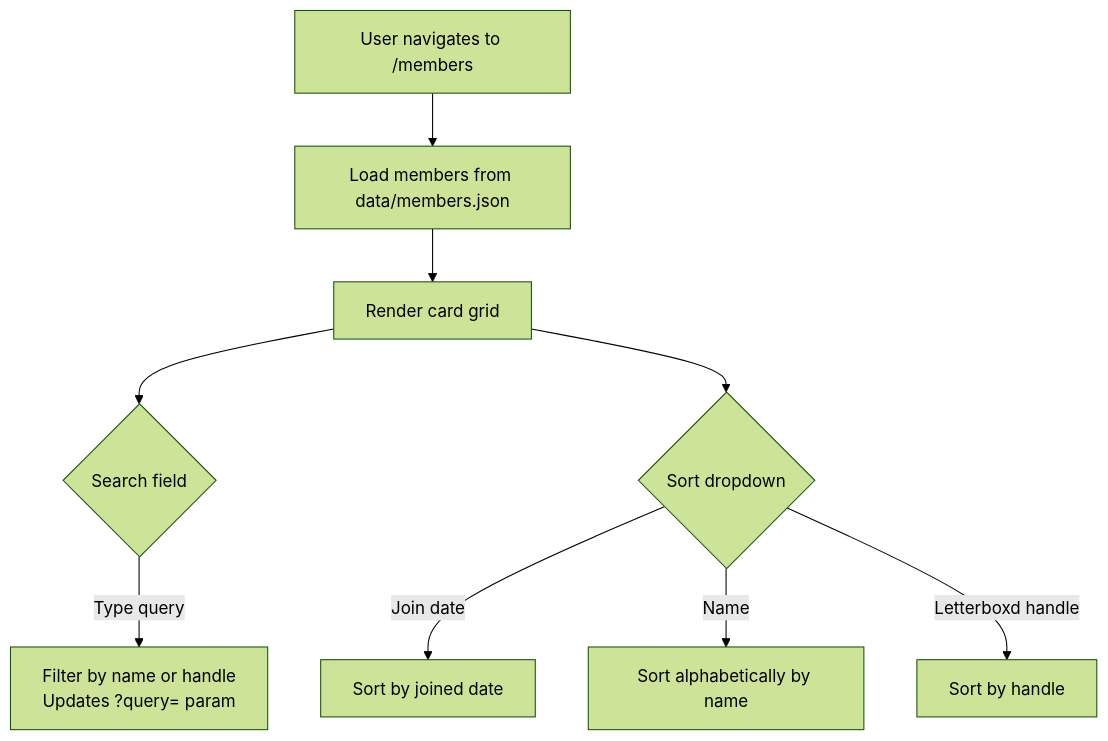
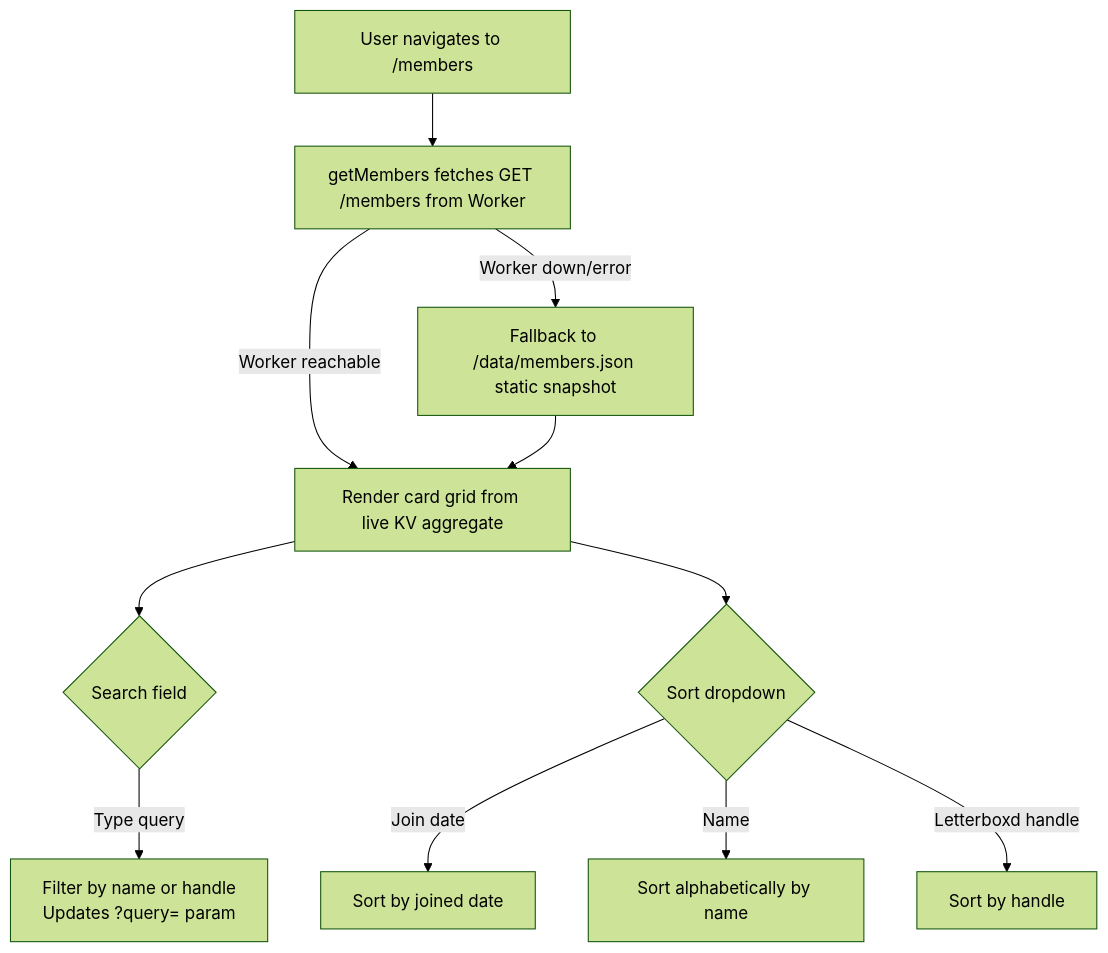
Before and after one commit to michaellambgelo/jxnfilmclub: the diagram in docs/features/members-directory.md, drawn with Mermaid (forest theme). The commit also changed other lines of this file and 13 other files, not shown here.

````diff
--- a/docs/features/members-directory.md
+++ b/docs/features/members-directory.md
@@ -24,13 +24,15 @@
 ```mermaid
 flowchart TD
-    A[User navigates to /members] --> B[Load members from data/members.json]
-    B --> C[Render card grid]
+    A[User navigates to /members] --> B[getMembers fetches GET /members from Worker]
+    B -->|Worker reachable| C[Render card grid from live KV aggregate]
+    B -->|Worker down/error| Bfb[Fallback to /data/members.json static snapshot]
+    Bfb --> C
 
     C --> D{Search field}
     D -->|Type query| E[Filter by name or handle<br/>Updates ?query= param]
 
     C --> F{Sort dropdown}
     F -->|Join date| G[Sort by joined date]
     F -->|Name| H[Sort alphabetically by name]
     F -->|Letterboxd handle| I[Sort by handle]
 ```
````
